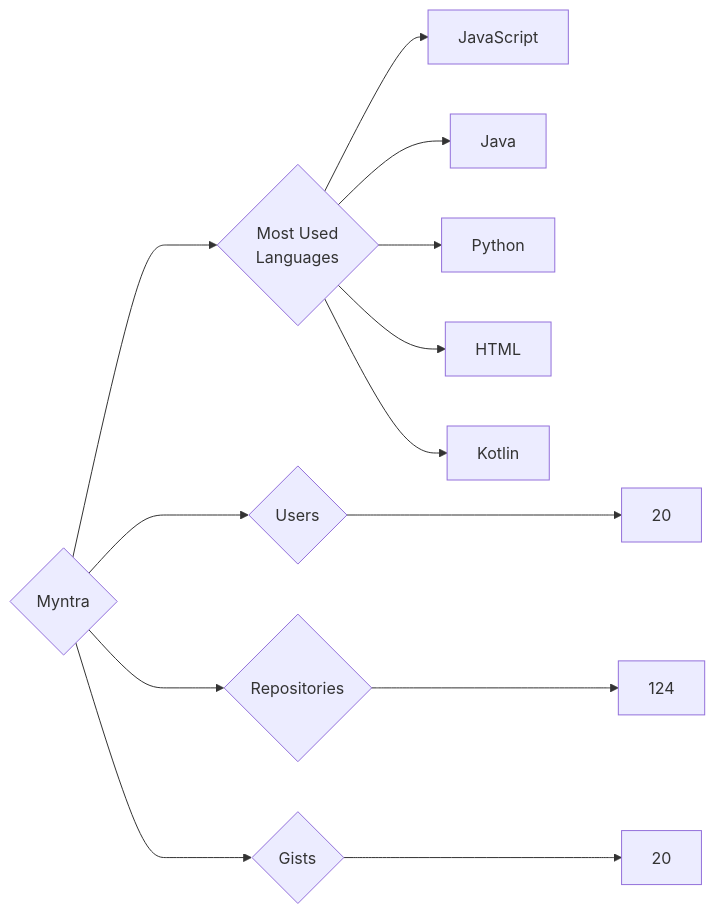
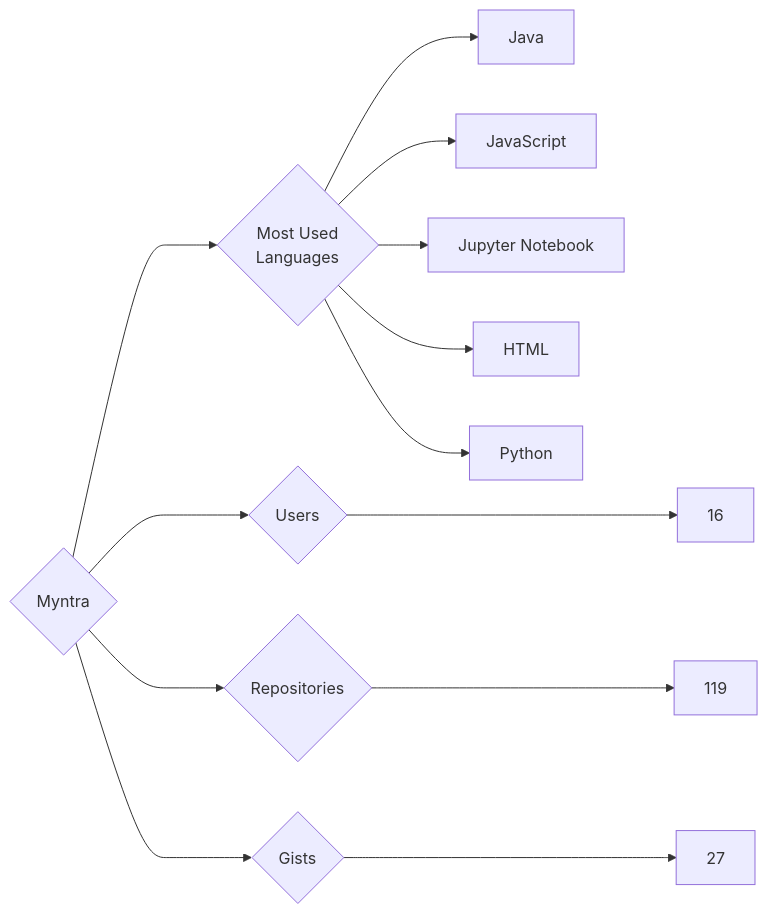
The diagram in targets/Myntra/README.md (trickest/insiders), drawn with Mermaid before and after one commit. The commit also changed 1696 other files, not shown here.

````diff
--- a/targets/Myntra/README.md
+++ b/targets/Myntra/README.md
@@ -3,13 +3,13 @@
 ```mermaid
 graph LR
 COMPANY_NAME{Myntra}
-COMPANY_NAME ---> U{Users} ---> UN[20]
-COMPANY_NAME ---> R{Repositories} ---> RN[124]
-COMPANY_NAME ---> G{Gists} ---> GN[20]
+COMPANY_NAME ---> U{Users} ---> UN[16]
+COMPANY_NAME ---> R{Repositories} ---> RN[119]
+COMPANY_NAME ---> G{Gists} ---> GN[27]
 COMPANY_NAME ---> ML{Most Used<br>Languages}
+ML --> Java[Java]
 ML --> JavaScript[JavaScript]
-ML --> Java[Java]
+ML --> Jupyter_Notebook[Jupyter Notebook]
+ML --> HTML[HTML]
 ML --> Python[Python]
-ML --> HTML[HTML]
-ML --> Kotlin[Kotlin]
 ```
````
